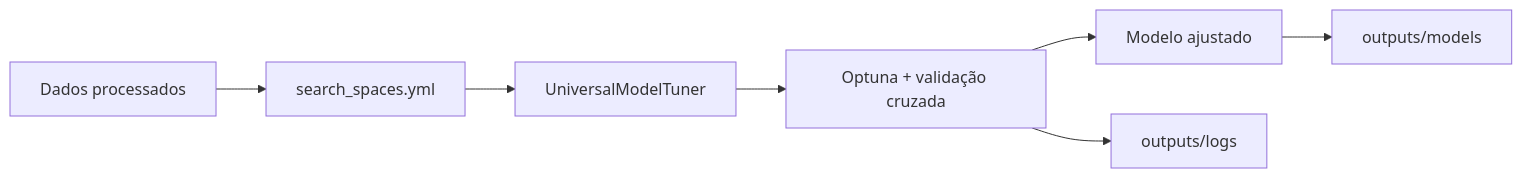
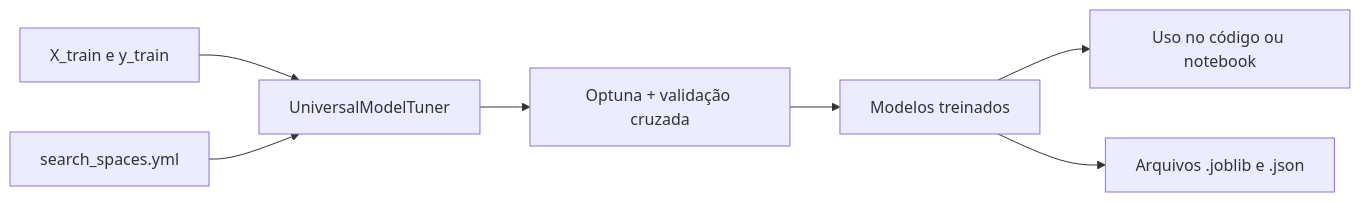
The diagram in README.md (RenanCatini/ml-blueprint), drawn with Mermaid before and after one commit. The commit also changed other lines of this file, not shown here.

````diff
--- a/README.md
+++ b/README.md
@@ -9,9 +17,9 @@
 ```mermaid
 flowchart LR
-		A[Dados processados] --> B[search_spaces.yml]
-		B --> C[UniversalModelTuner]
-		C --> D[Optuna + validação cruzada]
-		D --> E[Modelo ajustado]
-		E --> F[outputs/models]
-		D --> G[outputs/logs]
+		A[X_train e y_train] --> B[UniversalModelTuner]
+		C[search_spaces.yml] --> B
+		B --> D[Optuna + validação cruzada]
+		D --> E[Modelos treinados]
+		E --> F[Uso no código ou notebook]
+		E --> G[Arquivos .joblib e .json]
 ```
````
